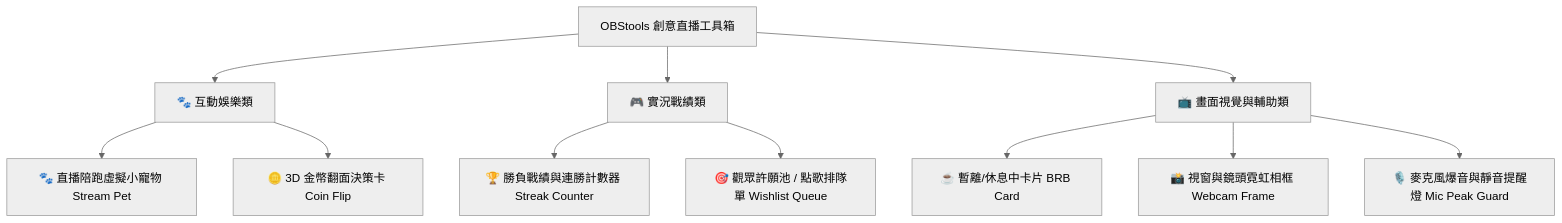
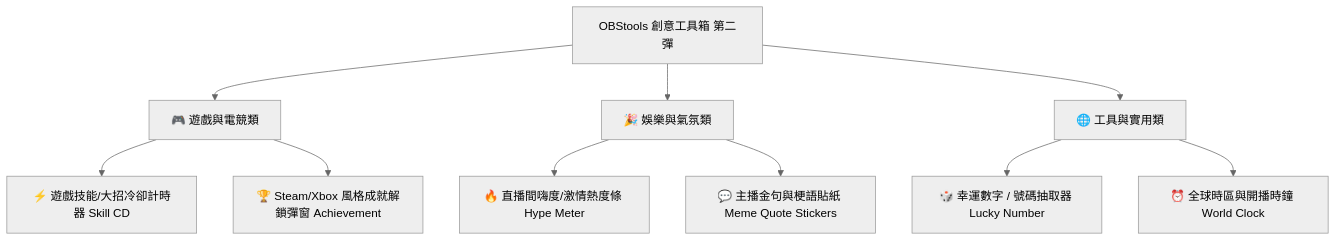
The diagram in PROPOSAL.md (unkoalatw/livetools), drawn with Mermaid (neutral theme) before and after one commit. The commit also changed other lines of this file, not shown here.

````diff
--- a/PROPOSAL.md
+++ b/PROPOSAL.md
@@ -14,16 +24,15 @@
 ```mermaid
 graph TD
-    A[OBStools 創意直播工具箱] --> B[🐾 互動娛樂類]
-    A --> C[🎮 實況戰績類]
-    A --> D[📺 畫面視覺與輔助類]
+    A[OBStools 創意工具箱 第二彈] --> B[🎮 遊戲與電競類]
+    A --> C[🎉 娛樂與氣氛類]
+    A --> D[🌐 工具與實用類]
 
-    B --> B1[🐾 直播陪跑虛擬小寵物 Stream Pet]
-    B --> B2[🪙 3D 金幣翻面決策卡 Coin Flip]
+    B --> B1[⚡ 遊戲技能/大招冷卻計時器 Skill CD]
+    B --> B2[🏆 Steam/Xbox 風格成就解鎖彈窗 Achievement]
 
-    C --> C1[🏆 勝負戰績與連勝計數器 Streak Counter]
-    C --> C2[🎯 觀眾許願池 / 點歌排隊單 Wishlist Queue]
+    C --> C1[🔥 直播間嗨度/激情熱度條 Hype Meter]
+    C --> C2[💬 主播金句與梗語貼紙 Meme Quote Stickers]
 
-    D --> D1[☕ 暫離/休息中卡片 BRB Card]
-    D --> D2[📸 視窗與鏡頭霓虹相框 Webcam Frame]
-    D --> D3[🎙️ 麥克風爆音與靜音提醒燈 Mic Peak Guard]
+    D --> D1[🎲 幸運數字 / 號碼抽取器 Lucky Number]
+    D --> D2[⏰ 全球時區與開播時鐘 World Clock]
 ```
````
